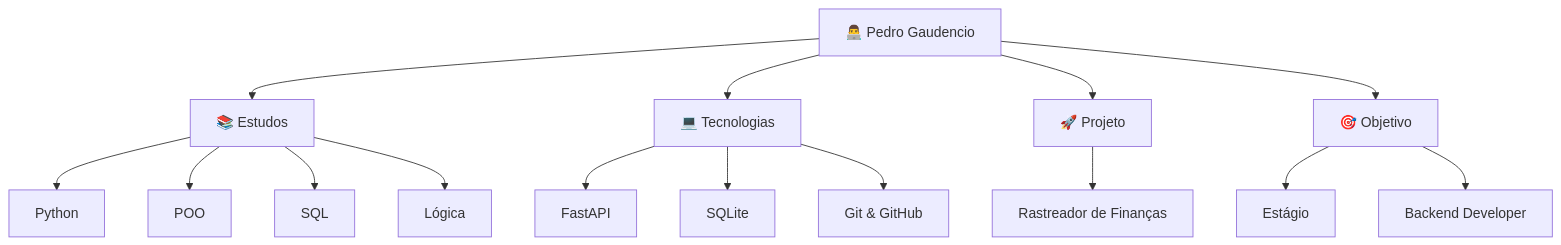
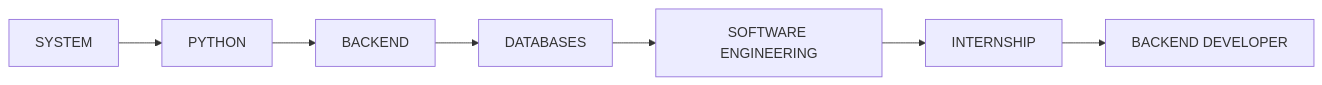
One commit to PedroSilva370/PedroSilva370 changed the diagram in README.md. Above: the diagram before and after it, drawn with Mermaid. The commit also changed other lines of this file, not shown here.

````diff
--- a/README.md
+++ b/README.md
@@ -21,24 +78,10 @@
 ```mermaid
-flowchart TB
+flowchart LR
 
-    A["👨‍💻 Pedro Gaudencio"]
-
-    A --> B["📚 Estudos"]
-    A --> C["💻 Tecnologias"]
-    A --> D["🚀 Projeto"]
-    A --> E["🎯 Objetivo"]
-
-    B --> B1["Python"]
-    B --> B2["POO"]
-    B --> B3["SQL"]
-    B --> B4["Lógica"]
-
-    C --> C1["FastAPI"]
-    C --> C2["SQLite"]
-    C --> C3["Git & GitHub"]
-
-    D --> D1["Rastreador de Finanças"]
-
-    E --> E1["Estágio"]
-    E --> E2["Backend Developer"]
+    A["SYSTEM"] --> B["PYTHON"]
+    B --> C["BACKEND"]
+    C --> D["DATABASES"]
+    D --> E["SOFTWARE ENGINEERING"]
+    E --> F["INTERNSHIP"]
+    F --> G["BACKEND DEVELOPER"]
 ```
````
